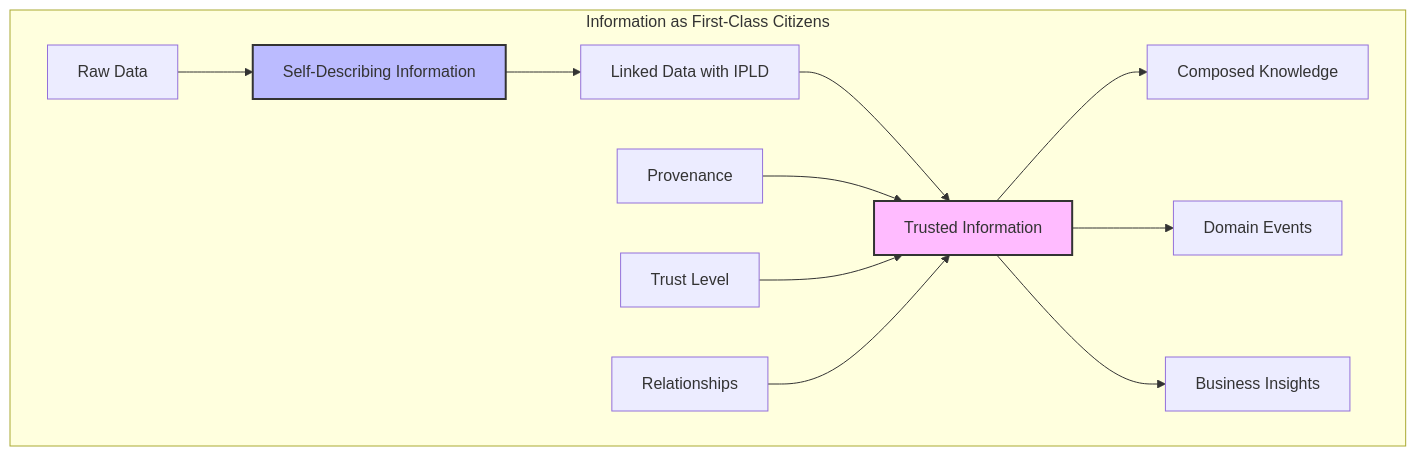
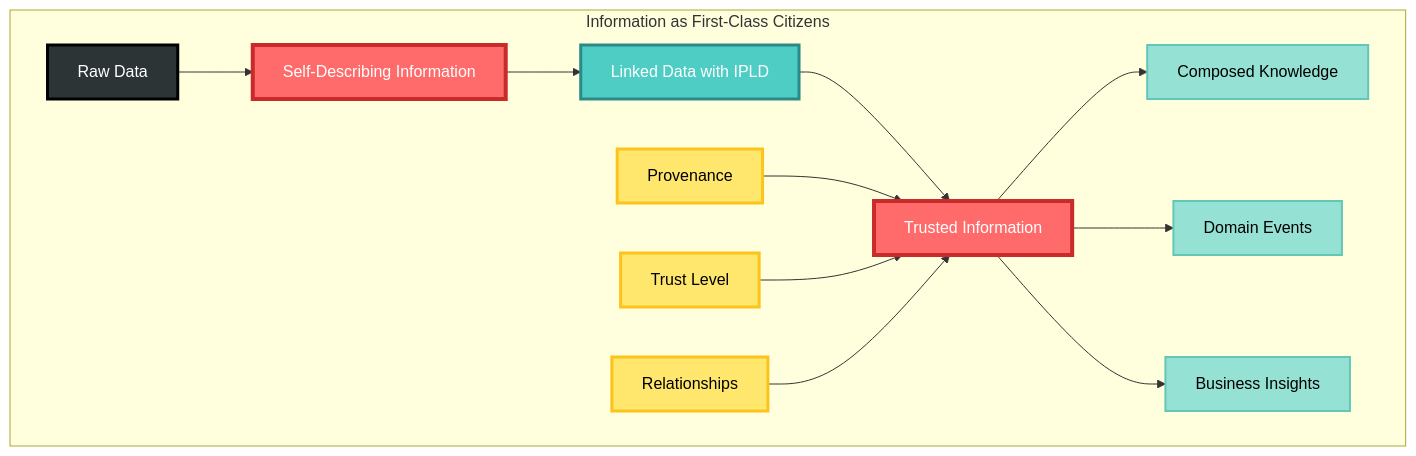
The first of 4 diagrams in doc/readme_cim_overview.md (TheCowboyAI/cim), drawn with Mermaid before and after one commit. The commit also changed other lines of this file and 12 other files, not shown here.

````diff
--- a/doc/readme_cim_overview.md
+++ b/doc/readme_cim_overview.md
@@ -15,19 +15,28 @@
 ```mermaid
 graph TD
     subgraph "Information as First-Class Citizens"
         A[Raw Data] --> B[Self-Describing Information]
         B --> C[Linked Data with IPLD]
         C --> D[Trusted Information]
         
         E[Provenance] --> D
         F[Trust Level] --> D
         G[Relationships] --> D
         
         D --> H[Composed Knowledge]
         D --> I[Domain Events]
         D --> J[Business Insights]
     end
     
-    style B fill:#bbf,stroke:#333,stroke-width:2px
-    style D fill:#fbf,stroke:#333,stroke-width:2px
+    %% Styling - information transformation flow
+    style A fill:#2D3436,stroke:#000,stroke-width:3px,color:#FFF
+    style B fill:#FF6B6B,stroke:#C92A2A,stroke-width:4px,color:#FFF
+    style C fill:#4ECDC4,stroke:#2B8A89,stroke-width:3px,color:#FFF
+    style D fill:#FF6B6B,stroke:#C92A2A,stroke-width:4px,color:#FFF
+    style E fill:#FFE66D,stroke:#FCC419,stroke-width:3px,color:#000
+    style F fill:#FFE66D,stroke:#FCC419,stroke-width:3px,color:#000
+    style G fill:#FFE66D,stroke:#FCC419,stroke-width:3px,color:#000
+    style H fill:#95E1D3,stroke:#63C7B8,stroke-width:2px,color:#000
+    style I fill:#95E1D3,stroke:#63C7B8,stroke-width:2px,color:#000
+    style J fill:#95E1D3,stroke:#63C7B8,stroke-width:2px,color:#000
 ```
````
